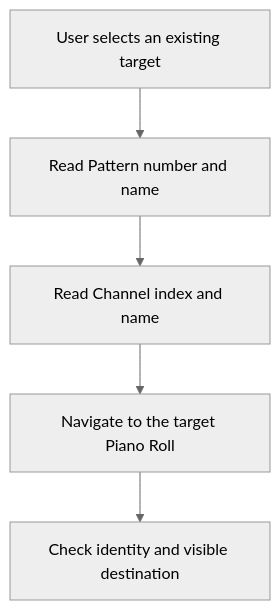
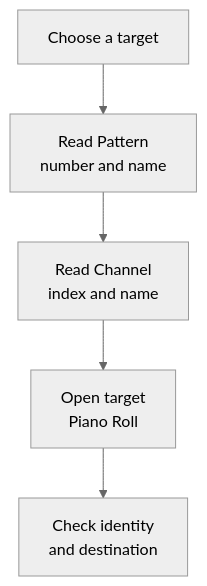
One commit to ryurikoneko/DAWLoop changed the second of 5 diagrams in README.en.md. Above: the diagram before and after it, drawn with Mermaid (neutral theme). The commit also changed other lines of this file and 7 other files, not shown here.

Commit message:
docs(readme): clarify live test scope and simplify narrow-screen diagrams

````diff
--- a/README.en.md
+++ b/README.en.md
@@ -78,7 +76,7 @@
 ```mermaid
 flowchart TD
-    A[User selects an existing target] --> B[Read Pattern number and name]
-    B --> C[Read Channel index and name]
-    C --> D[Navigate to the target Piano Roll]
-    D --> E[Check identity and visible destination]
+    A[Choose a target] --> B[Read Pattern<br/>number and name]
+    B --> C[Read Channel<br/>index and name]
+    C --> D[Open target<br/>Piano Roll]
+    D --> E[Check identity<br/>and destination]
 ```
````
